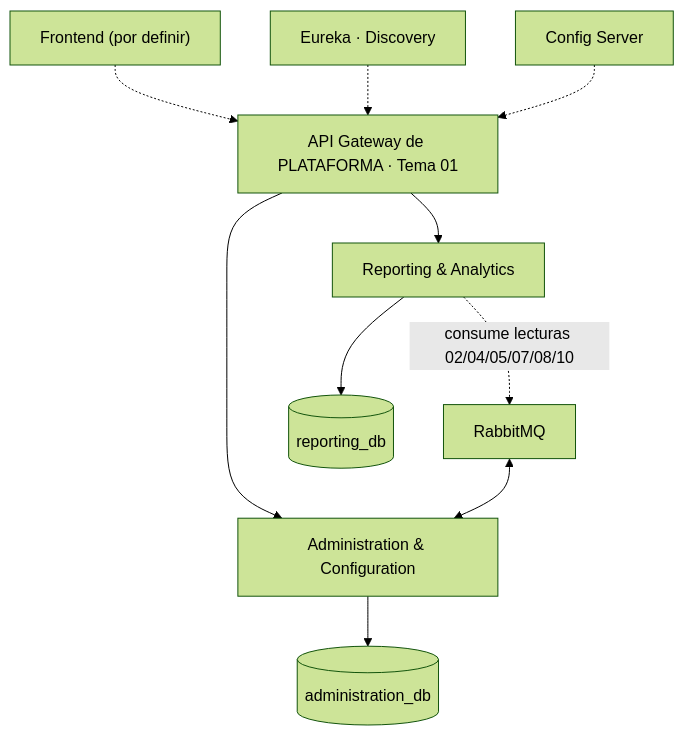
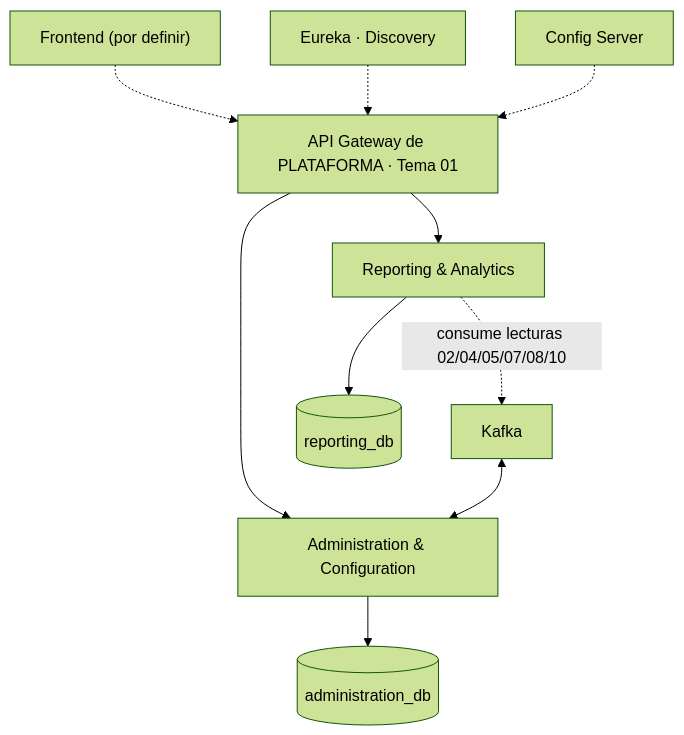
The diagram in docs/backend/resumen.md (2W2-114324-Carballo-Juarez-Mateo/backoffice-docs), drawn with Mermaid (forest theme) before and after one commit. The commit also changed other lines of this file and 20 other files, not shown here.

Commit message:
refactor: volver a Apache Kafka como broker (decisión de plataforma con Notificaciones/Banco); RabbitMQ como alternativa

````diff
--- a/docs/backend/resumen.md
+++ b/docs/backend/resumen.md
@@ -12,14 +12,14 @@
 ```mermaid
 flowchart TB
     FE["Frontend (por definir)"] -.-> GW[API Gateway de PLATAFORMA · Tema 01]
     GW --> AD[Administration & Configuration]
     GW --> RP[Reporting & Analytics]
 
     AD --> DB1[(administration_db)]
     RP --> DB2[(reporting_db)]
 
     E[Eureka · Discovery] -.-> GW
     CFG[Config Server] -.-> GW
-    K[RabbitMQ] <--> AD
+    K[Kafka] <--> AD
     RP -. consume lecturas 02/04/05/07/08/10 .-> K
 ```
````
